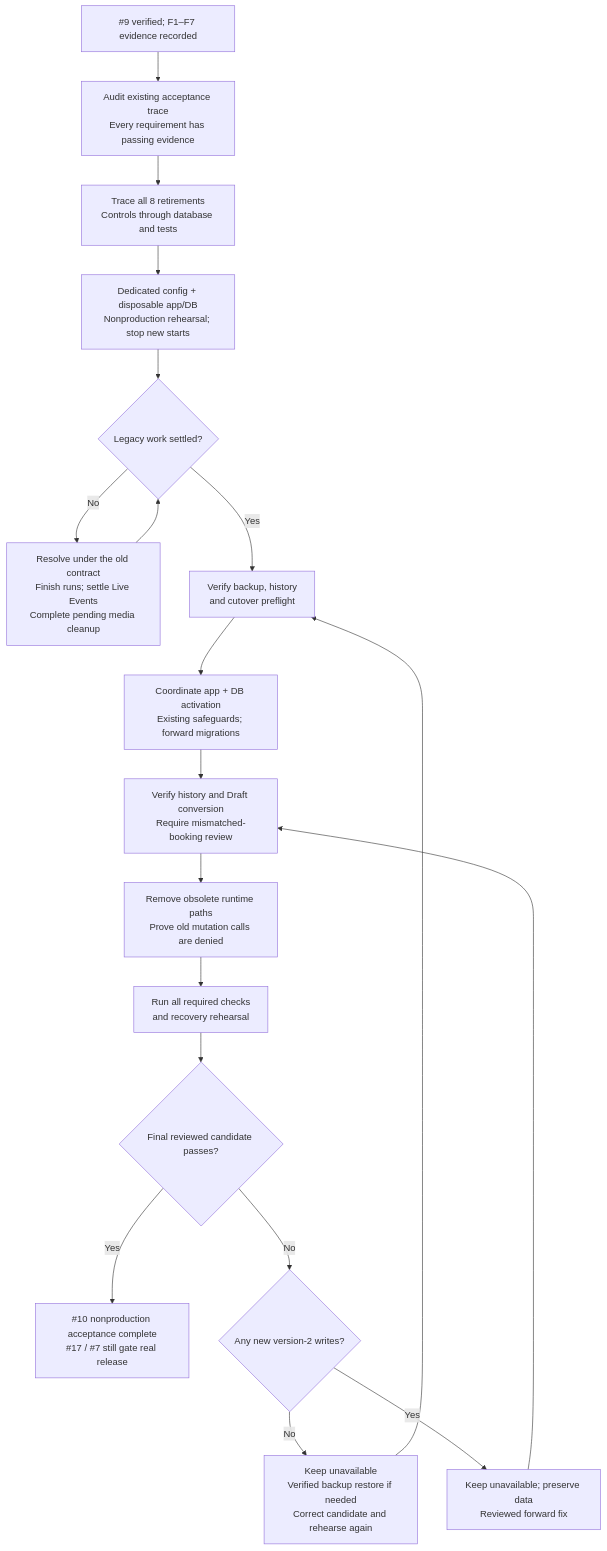
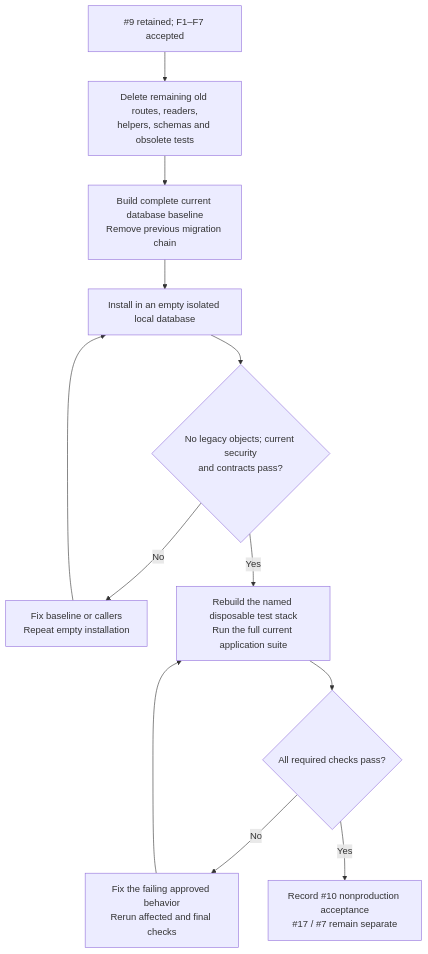
One commit to noelorph/diy-instax-photobooth changed the ninth of 10 diagrams in docs/diagrams/issue-10-functional-breakdown.md. Above: the diagram before and after it, drawn with Mermaid. The commit also changed other lines of this file and 104 other files, not shown here.

Commit message:
docs: approve issue 10 complete legacy removal plans

````diff
--- a/docs/diagrams/issue-10-functional-breakdown.md
+++ b/docs/diagrams/issue-10-functional-breakdown.md
@@ -239,21 +219,14 @@
 ```mermaid
 flowchart TD
-  START["#9 verified; F1–F7 evidence recorded"] --> EVIDENCE["Audit existing acceptance trace<br/>Every requirement has passing evidence"]
-  EVIDENCE --> TRACE["Trace all 8 retirements<br/>Controls through database and tests"]
-  TRACE --> STOP["Dedicated config + disposable app/DB<br/>Nonproduction rehearsal; stop new starts"]
-  STOP --> LEGACY{"Legacy work settled?"}
-  LEGACY -->|No| SETTLE["Resolve under the old contract<br/>Finish runs; settle Live Events<br/>Complete pending media cleanup"]
-  SETTLE --> LEGACY
-  LEGACY -->|Yes| BACKUP["Verify backup, history<br/>and cutover preflight"]
-  BACKUP --> ACTIVATE["Coordinate app + DB activation<br/>Existing safeguards; forward migrations"]
-  ACTIVATE --> PRESERVE["Verify history and Draft conversion<br/>Require mismatched-booking review"]
-  PRESERVE --> DENY["Remove obsolete runtime paths<br/>Prove old mutation calls are denied"]
-  DENY --> VERIFY["Run all required checks<br/>and recovery rehearsal"]
-  VERIFY --> PASS{"Final reviewed candidate passes?"}
-  PASS -->|Yes| DONE["#10 nonproduction acceptance complete<br/>#17 / #7 still gate real release"]
-  PASS -->|No| WRITES{"Any new version-2 writes?"}
-  WRITES -->|No| RESTORE["Keep unavailable<br/>Verified backup restore if needed<br/>Correct candidate and rehearse again"]
-  RESTORE --> BACKUP
-  WRITES -->|Yes| FORWARD["Keep unavailable; preserve data<br/>Reviewed forward fix"]
-  FORWARD --> PRESERVE
+  START["#9 retained; F1–F7 accepted"] --> REMOVE["Delete remaining old routes, readers,<br/>helpers, schemas and obsolete tests"]
+  REMOVE --> BASELINE["Build complete current database baseline<br/>Remove previous migration chain"]
+  BASELINE --> EMPTY["Install in an empty isolated local database"]
+  EMPTY --> CHECK{"No legacy objects; current security<br/>and contracts pass?"}
+  CHECK -->|No| FIX["Fix baseline or callers<br/>Repeat empty installation"]
+  FIX --> EMPTY
+  CHECK -->|Yes| FULL["Rebuild the named disposable test stack<br/>Run the full current application suite"]
+  FULL --> PASS{"All required checks pass?"}
+  PASS -->|No| CORRECT["Fix the failing approved behavior<br/>Rerun affected and final checks"]
+  CORRECT --> FULL
+  PASS -->|Yes| DONE["Record #10 nonproduction acceptance<br/>#17 / #7 remain separate"]
 ```
````
